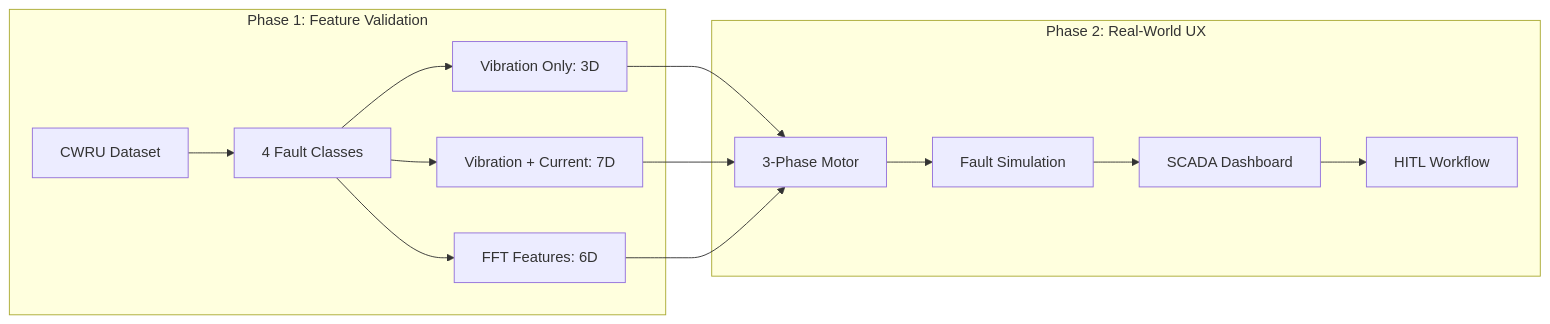
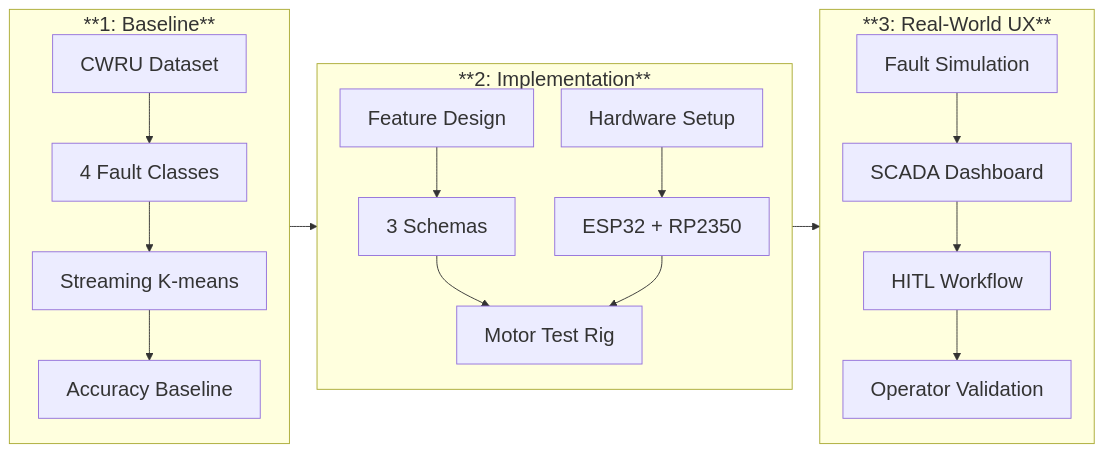
Before and after one commit to leekaize/tinyol-hitl: the second of 6 diagrams in slidev/slides.md, drawn with Mermaid. The commit also changed other lines of this file and 5 other files, not shown here.

````diff
--- a/slidev/slides.md
+++ b/slidev/slides.md
@@ -138,17 +192,28 @@
 ```mermaid
+%%{init: {'themeVariables': { 'fontSize': '22px'}, 'flowchart': { 'nodeSpacing': 30, 'rankSpacing': 30 } }}%%
 flowchart LR
-    subgraph Phase1[Phase 1: Feature Validation]
+    subgraph Phase1[**1: Baseline**]
+        direction TB
         A[CWRU Dataset] --> B[4 Fault Classes]
-        B --> C1[Vibration Only: 3D]
-        B --> C2[Vibration + Current: 7D]
-        B --> C3[FFT Features: 6D]
+        B --> C[Streaming K-means]
+        C --> D[Accuracy Baseline]
     end
 
-    subgraph Phase2[Phase 2: Real-World UX]
-        E[3-Phase Motor] --> F[Fault Simulation]
-        F --> G[SCADA Dashboard]
-        G --> H[HITL Workflow]
+    subgraph Phase2[**2: Implementation**]
+        direction TB
+        E[Feature Design] --> F[3 Schemas]
+        G[Hardware Setup] --> H[ESP32 + RP2350]
+        F --> I[Motor Test Rig]
+        H --> I
     end
 
-    C1 & C2 & C3 --> E
+    subgraph Phase3[**3: Real-World UX**]
+        direction TB
+        J[Fault Simulation] --> K[SCADA Dashboard]
+        K --> L[HITL Workflow]
+        L --> M[Operator Validation]
+    end
+
+    Phase1 --> Phase2
+    Phase2 --> Phase3
 ```
````
